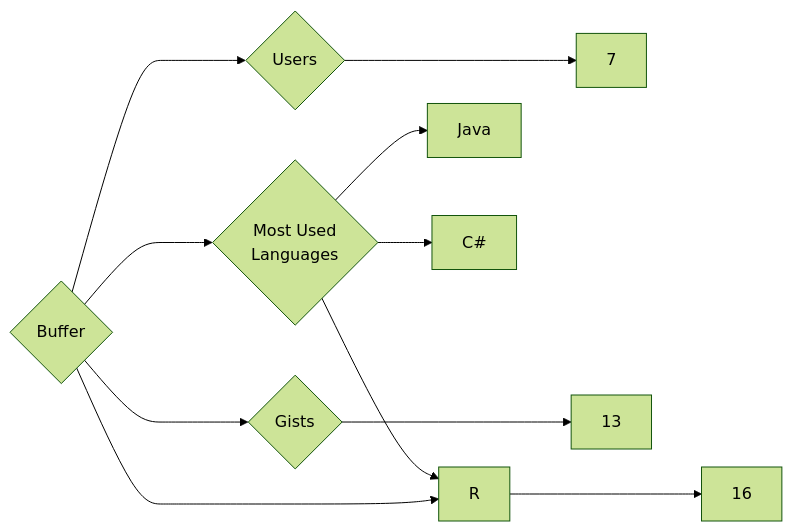
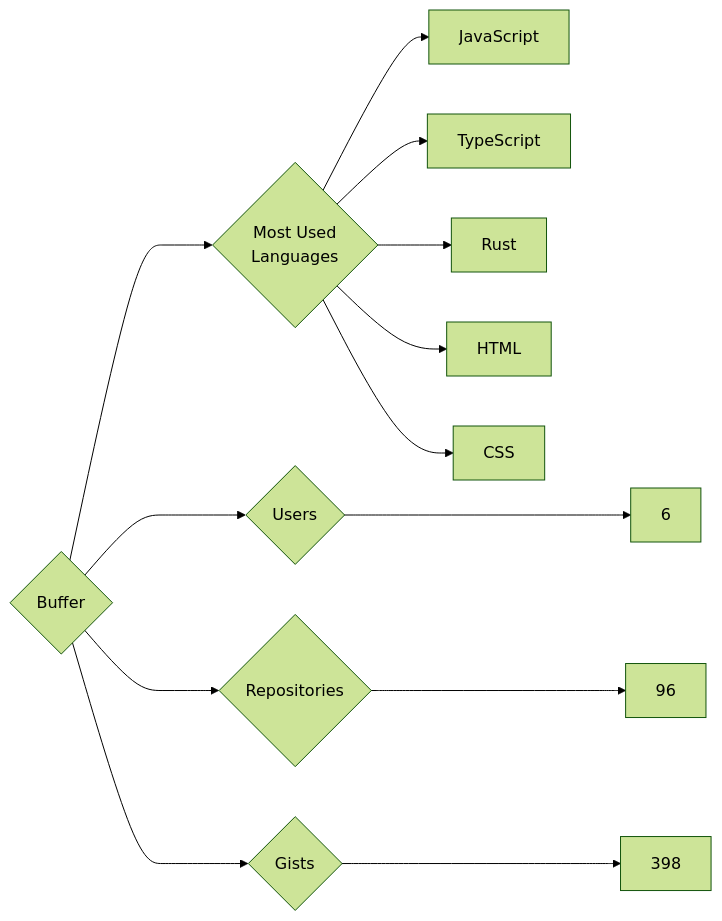
Before and after one commit to trickest/insiders: the diagram in targets/Buffer/README.md, drawn with Mermaid (forest theme). The commit also changed 997 other files, not shown here.

````diff
--- a/targets/Buffer/README.md
+++ b/targets/Buffer/README.md
@@ -3,11 +3,13 @@
 ```mermaid
 graph LR
 COMPANY_NAME{Buffer}
-COMPANY_NAME ---> U{Users} ---> UN[7]
-COMPANY_NAME ---> R{Repositories} ---> RN[16]
-COMPANY_NAME ---> G{Gists} ---> GN[13]
+COMPANY_NAME ---> U{Users} ---> UN[6]
+COMPANY_NAME ---> R{Repositories} ---> RN[96]
+COMPANY_NAME ---> G{Gists} ---> GN[398]
 COMPANY_NAME ---> ML{Most Used<br>Languages}
-ML --> Java[Java]
-ML --> R[R]
-ML --> C#[C#]
+ML --> JavaScript[JavaScript]
+ML --> TypeScript[TypeScript]
+ML --> Rust[Rust]
+ML --> HTML[HTML]
+ML --> CSS[CSS]
 ```
````
